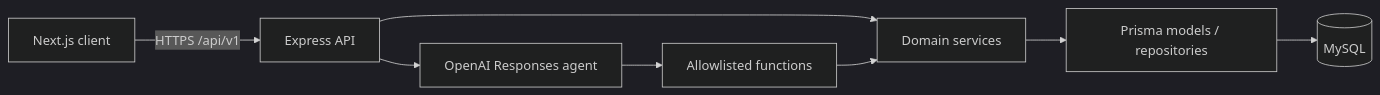
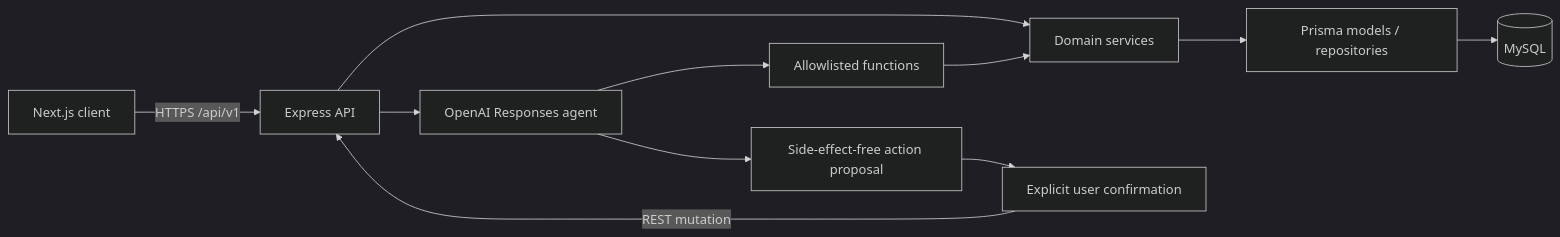
The diagram in docs/architecture.md (Turjo101365/CampusOS), drawn with Mermaid (dark theme) before and after one commit. The commit also changed other lines of this file and 71 other files, not shown here.

````diff
--- a/docs/architecture.md
+++ b/docs/architecture.md
@@ -9,10 +9,13 @@
 ```mermaid
 flowchart LR
   Browser[Next.js client] -->|HTTPS /api/v1| API[Express API]
   API --> Modules[Domain services]
   Agent[OpenAI Responses agent] --> Tools[Allowlisted functions]
   Tools --> Modules
+  Agent --> Proposal[Side-effect-free action proposal]
+  Proposal --> Confirm[Explicit user confirmation]
+  Confirm -->|REST mutation| API
   Modules --> Models[Prisma models / repositories]
   Models --> DB[(MySQL)]
   API --> Agent
 ```
````
